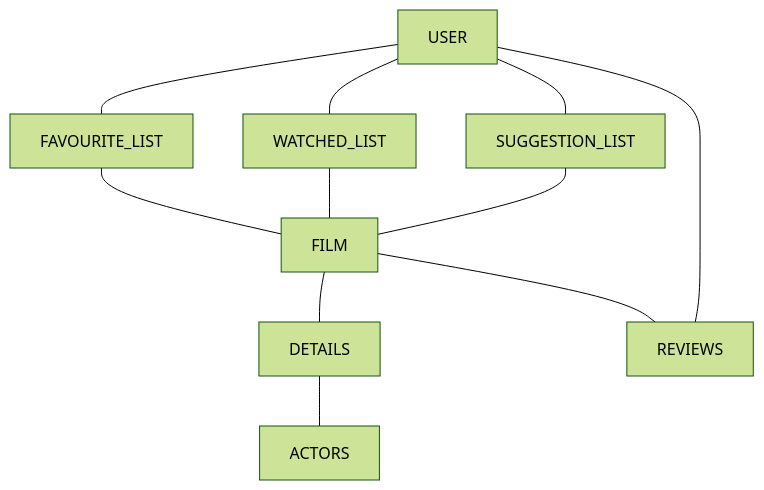
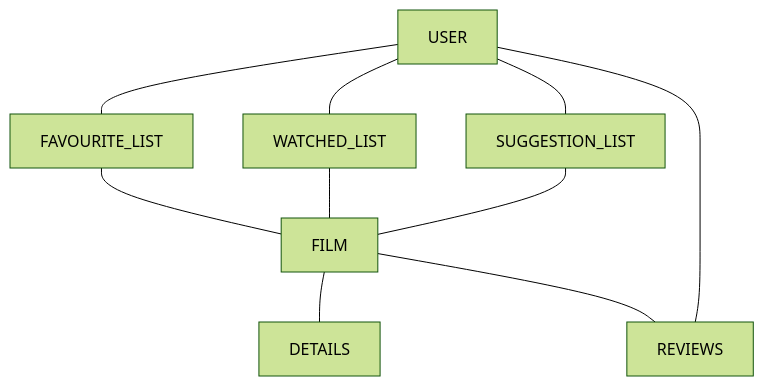
The first of 2 diagrams in README.md (Niall96/HeresAFilm), drawn with Mermaid (forest theme) before and after one commit. The commit also changed other lines of this file, not shown here.

````diff
--- a/README.md
+++ b/README.md
@@ -29,13 +29,12 @@
 ```mermaid
 flowchart 
  USER --- FAVOURITE_LIST
  USER --- SUGGESTION_LIST
  USER --- WATCHED_LIST
  FAVOURITE_LIST --- FILM
  WATCHED_LIST --- FILM
  SUGGESTION_LIST --- FILM
  FILM --- DETAILS 
  FILM --- REVIEWS
- DETAILS --- ACTORS
  USER --- REVIEWS
 ```
````
